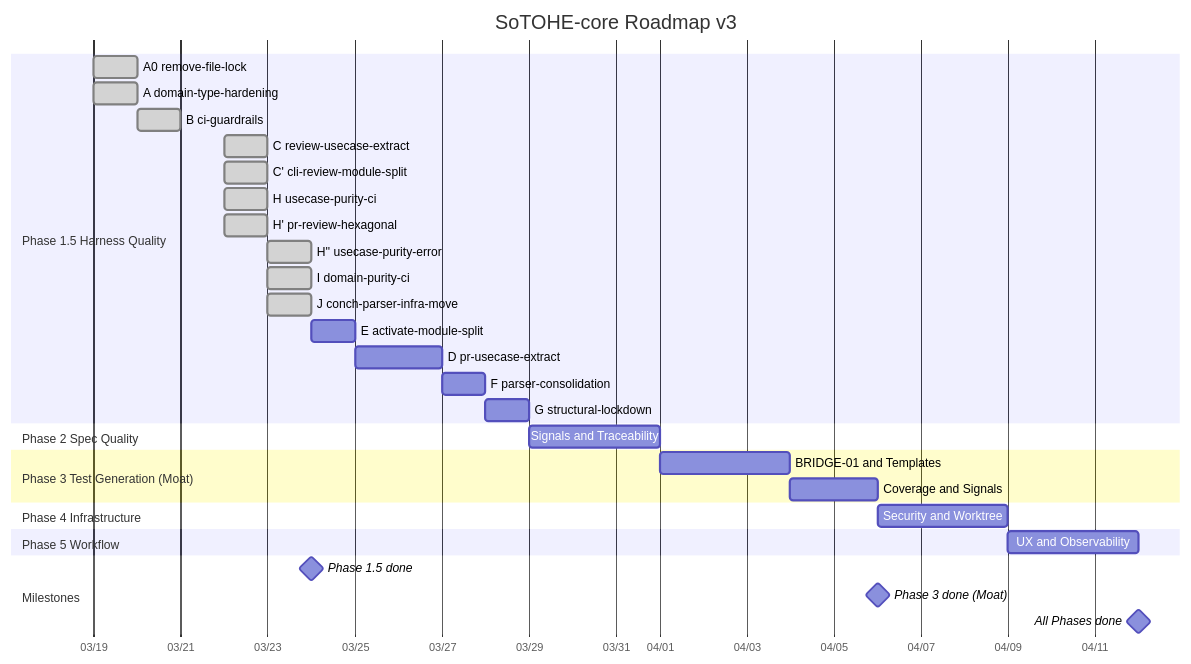
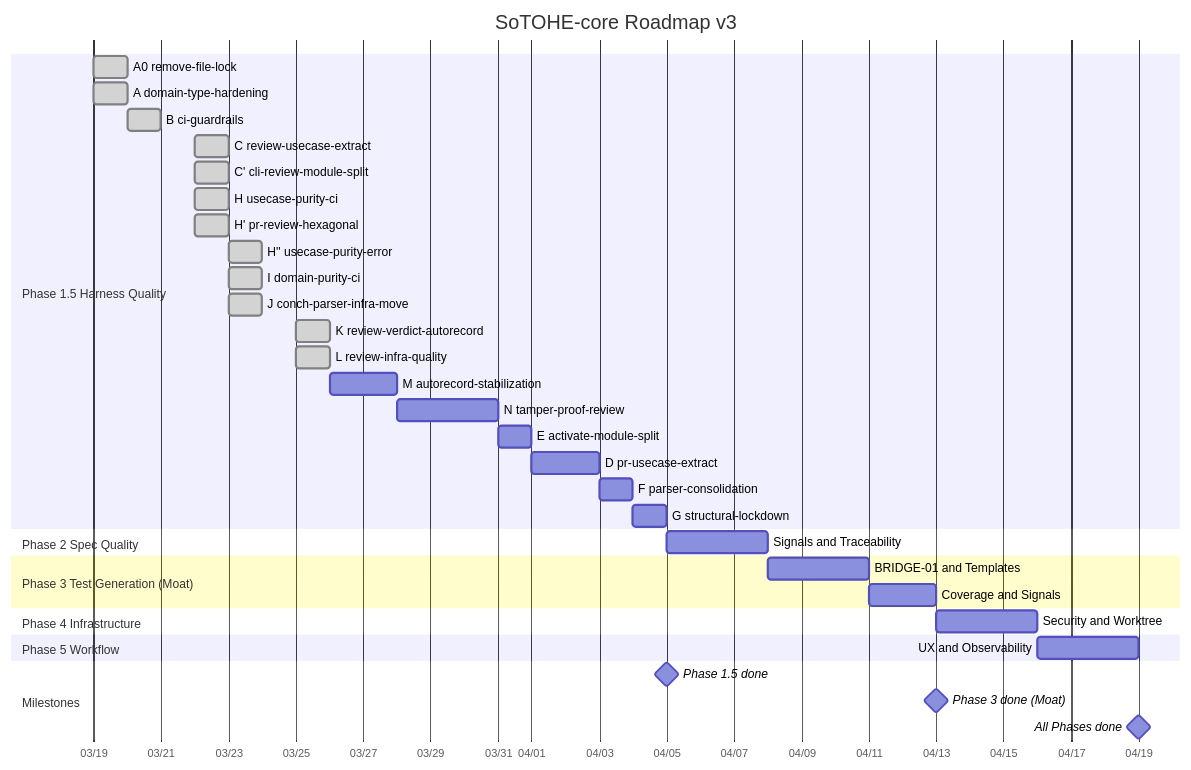
The diagram in knowledge/strategy/progress-tracker.md (Flip451/SoTOHE-core), drawn with Mermaid before and after one commit. The commit also changed other lines of this file and 6 other files, not shown here.

````diff
--- a/knowledge/strategy/progress-tracker.md
+++ b/knowledge/strategy/progress-tracker.md
@@ -50,40 +54,44 @@
 ```mermaid
 gantt
     title SoTOHE-core Roadmap v3
     dateFormat YYYY-MM-DD
     axisFormat %m/%d
 
     section Phase 1.5 Harness Quality
     A0 remove-file-lock        :done, a0, 2026-03-19, 1d
     A domain-type-hardening    :done, a, 2026-03-19, 1d
     B ci-guardrails            :done, b, 2026-03-20, 1d
     C review-usecase-extract   :done, c, 2026-03-22, 1d
     C' cli-review-module-split :done, c2, 2026-03-22, 1d
     H usecase-purity-ci        :done, h, 2026-03-22, 1d
     H' pr-review-hexagonal     :done, h2, 2026-03-22, 1d
     H'' usecase-purity-error   :done, h3, 2026-03-23, 1d
     I domain-purity-ci         :done, i, 2026-03-23, 1d
     J conch-parser-infra-move  :done, j, 2026-03-23, 1d
-    E activate-module-split    :e, after j, 1d
+    K review-verdict-autorecord :done, k, 2026-03-25, 1d
+    L review-infra-quality     :done, l, 2026-03-25, 1d
+    M autorecord-stabilization :m, after l, 2d
+    N tamper-proof-review      :n, after m, 3d
+    E activate-module-split    :e, after n, 1d
     D pr-usecase-extract       :d, after e, 2d
     F parser-consolidation     :f, after d, 1d
     G structural-lockdown      :g, after f, 1d
 
     section Phase 2 Spec Quality
     Signals and Traceability   :p2, after g, 3d
 
     section Phase 3 Test Generation (Moat)
     BRIDGE-01 and Templates    :p3a, after p2, 3d
     Coverage and Signals       :p3b, after p3a, 2d
 
     section Phase 4 Infrastructure
     Security and Worktree      :p4, after p3b, 3d
 
     section Phase 5 Workflow
     UX and Observability       :p5, after p4, 3d
 
     section Milestones
-    Phase 1.5 done             :milestone, after j, 0d
+    Phase 1.5 done             :milestone, after g, 0d
     Phase 3 done (Moat)        :milestone, after p3b, 0d
     All Phases done            :milestone, after p5, 0d
 ```
````
